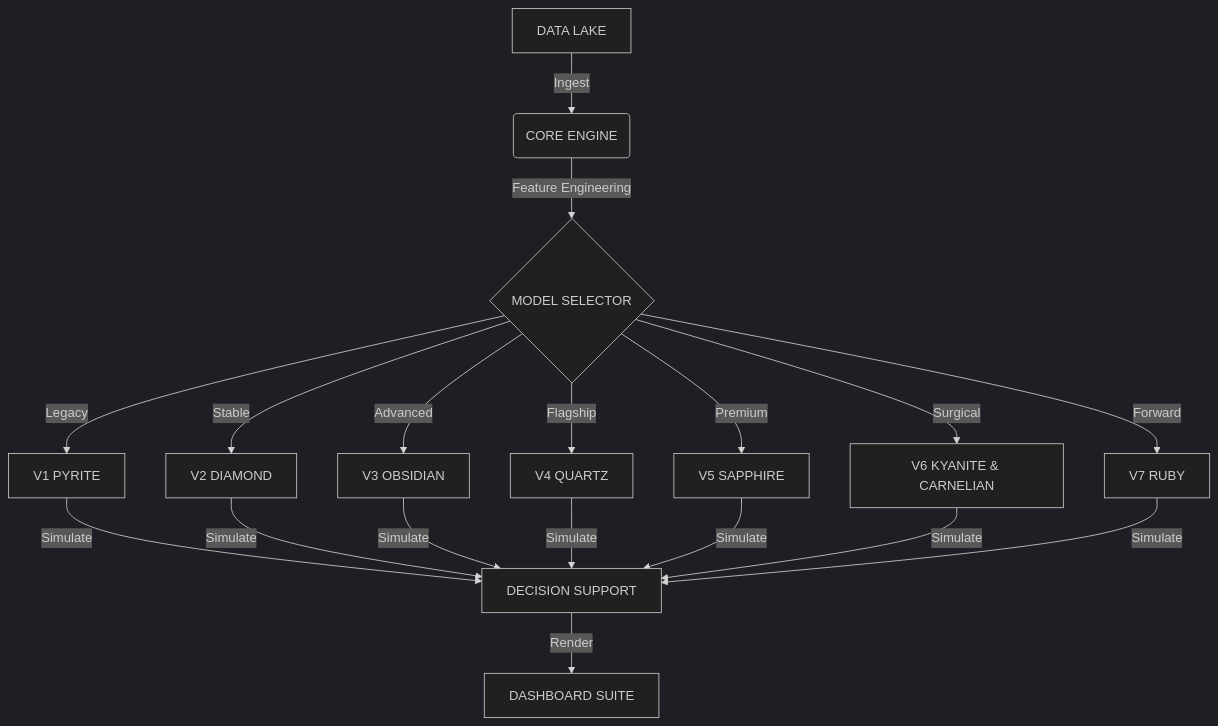
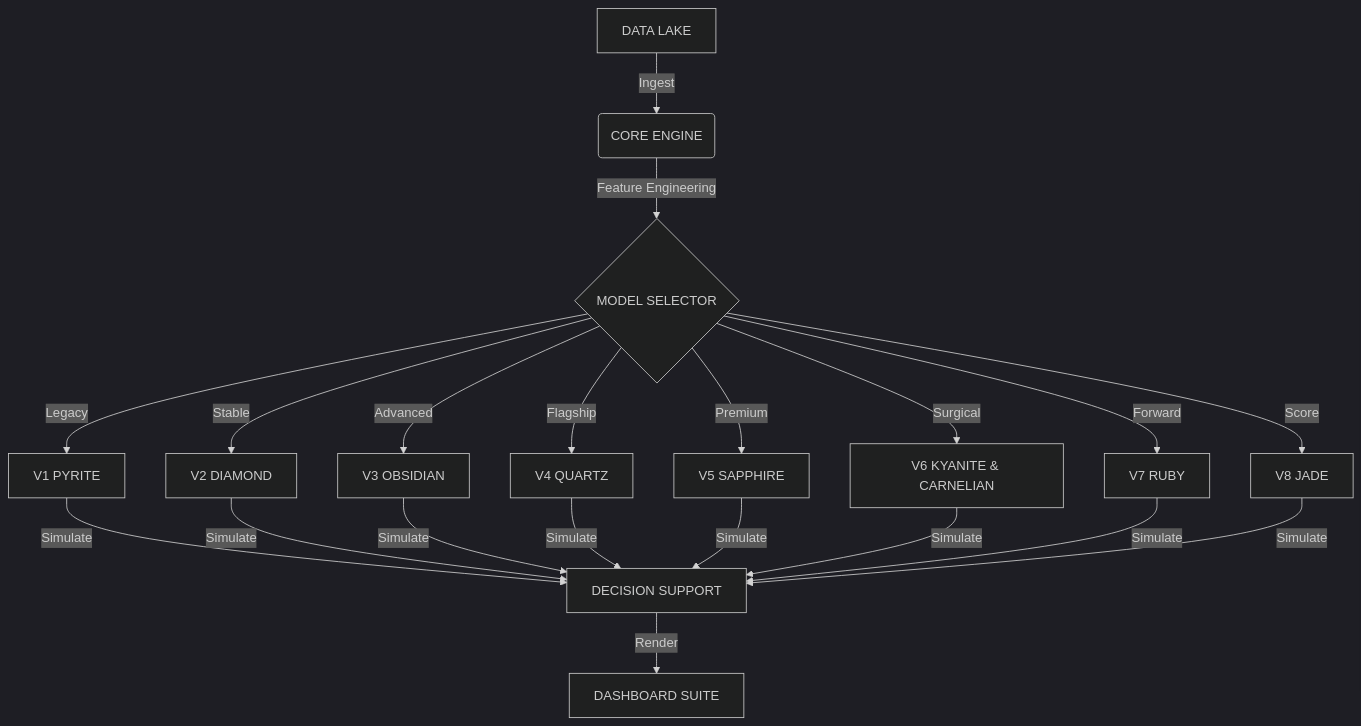
Before and after one commit to DSargent21/Quarry-Intelligence: the diagram in README.md, drawn with Mermaid (dark theme). The commit also changed other lines of this file and 1 other file, not shown here.

First line of the commit message:
Document Series 8 JADE in README and add the JADE audit report

````diff
--- a/README.md
+++ b/README.md
@@ -101,14 +114,15 @@
 ```mermaid
 graph TD
     A[DATA LAKE] -->|Ingest| B(CORE ENGINE)
     B -->|Feature Engineering| C{MODEL SELECTOR}
     C -->|Legacy| D[V1 PYRITE]
     C -->|Stable| E[V2 DIAMOND]
     C -->|Advanced| F[V3 OBSIDIAN]
     C -->|Flagship| G[V4 QUARTZ]
     C -->|Premium| J[V5 SAPPHIRE]
     C -->|Surgical| K[V6 KYANITE & CARNELIAN]
     C -->|Forward| L[V7 RUBY]
-    D & E & F & G & J & K & L -->|Simulate| H[DECISION SUPPORT]
+    C -->|Score| M[V8 JADE]
+    D & E & F & G & J & K & L & M -->|Simulate| H[DECISION SUPPORT]
     H -->|Render| I[DASHBOARD SUITE]
 ```
````
